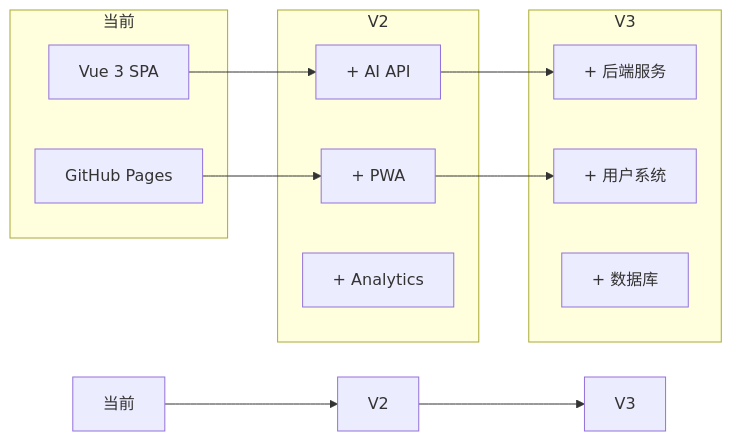
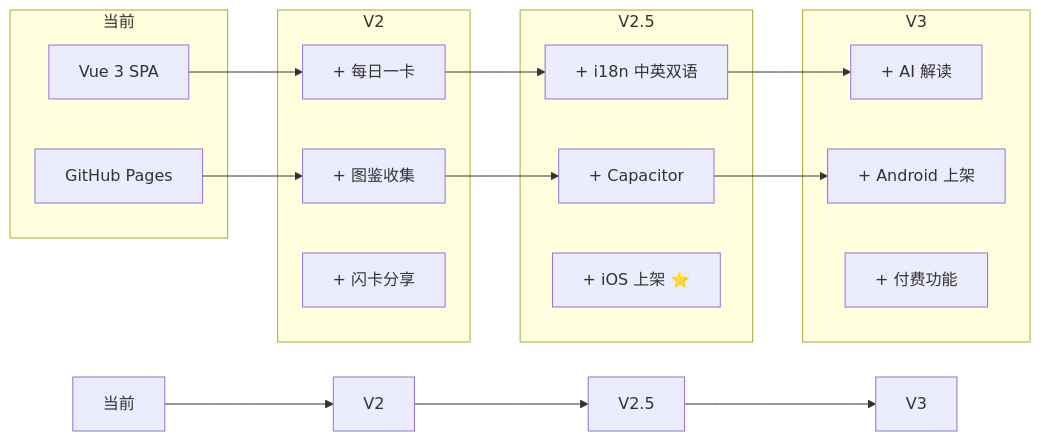
The fifth of 5 diagrams in docs/technical/ROADMAP.md (Yangiton/tarot), drawn with Mermaid before and after one commit. The commit also changed other lines of this file and 5 other files, not shown here.

````diff
--- a/docs/technical/ROADMAP.md
+++ b/docs/technical/ROADMAP.md
@@ -376,27 +381,36 @@
 ```mermaid
 flowchart LR
     A[当前] --> B[V2]
-    B --> C[V3]
+    B --> C[V2.5]
+    C --> D[V3]
     
     subgraph 当前
         A1[Vue 3 SPA]
         A2[GitHub Pages]
     end
     
     subgraph V2
-        B1[+ AI API]
-        B2[+ PWA]
-        B3[+ Analytics]
+        B1[+ 每日一卡]
+        B2[+ 图鉴收集]
+        B3[+ 闪卡分享]
+    end
+    
+    subgraph V2.5
+        C1[+ i18n 中英双语]
+        C2[+ Capacitor]
+        C3[+ iOS 上架 ⭐]
     end
     
     subgraph V3
-        C1[+ 后端服务]
-        C2[+ 用户系统]
-        C3[+ 数据库]
+        D1[+ AI 解读]
+        D2[+ Android 上架]
+        D3[+ 付费功能]
     end
     
     A1 --> B1
     A2 --> B2
     B1 --> C1
     B2 --> C2
+    C1 --> D1
+    C2 --> D2
 ```
````
